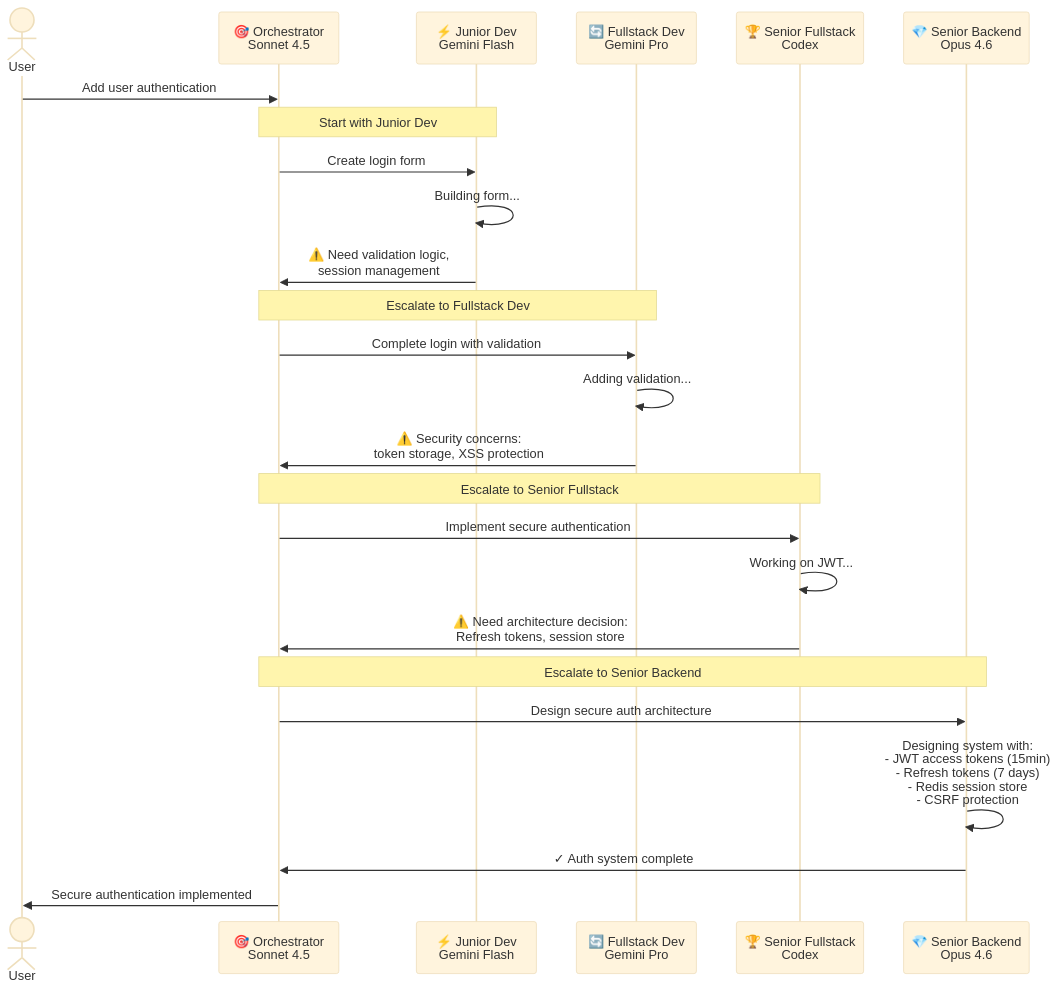
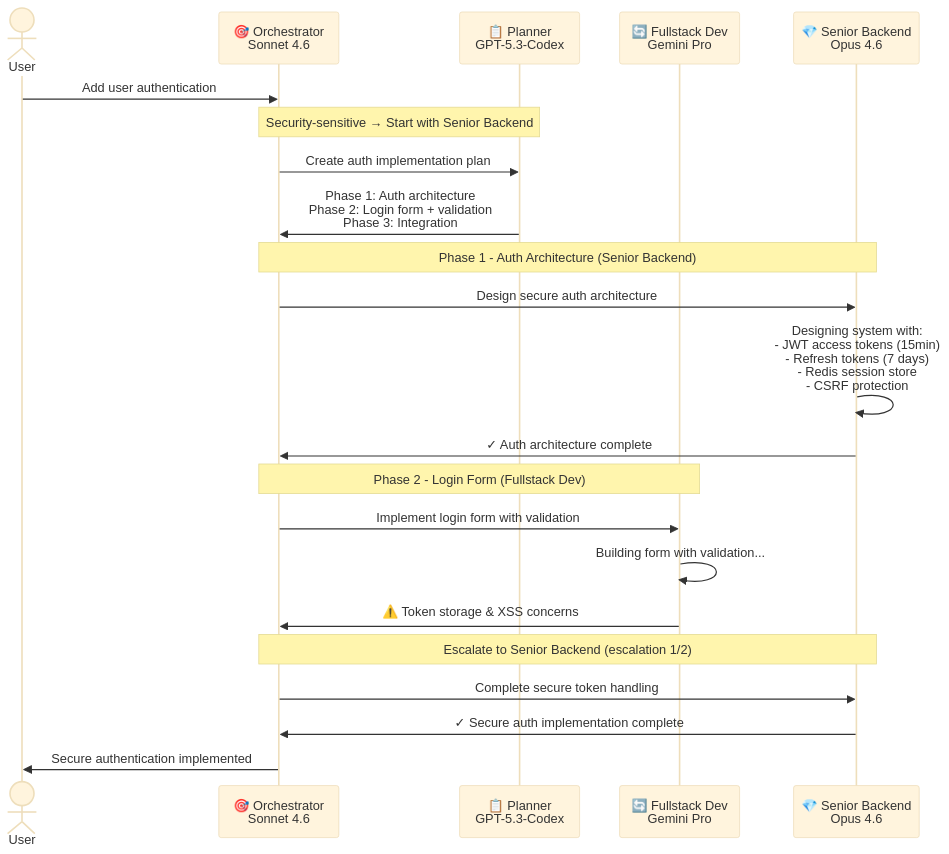
One commit to Mhack03/vscode-agents changed the fifth of 5 diagrams in README.md. Above: the diagram before and after it, drawn with Mermaid (base theme). The commit also changed other lines of this file and 198 other files, not shown here.

````diff
--- a/README.md
+++ b/README.md
@@ -234,33 +241,30 @@
 ```mermaid
 sequenceDiagram
     actor User
-    participant O as 🎯 Orchestrator<br/>Sonnet 4.5
-    participant JD as ⚡ Junior Dev<br/>Gemini Flash
+    participant O as 🎯 Orchestrator<br/>Sonnet 4.6
+    participant P as 📋 Planner<br/>GPT-5.3-Codex
     participant FS as 🔄 Fullstack Dev<br/>Gemini Pro
-    participant SFS as 🏆 Senior Fullstack<br/>Codex
     participant SBE as 💎 Senior Backend<br/>Opus 4.6
-    
+
     User->>O: Add user authentication
-    
-    Note over O,JD: Start with Junior Dev
-    O->>JD: Create login form
-    JD->>JD: Building form...
-    JD->>O: ⚠️ Need validation logic,<br/>session management
-    
-    Note over O,FS: Escalate to Fullstack Dev
-    O->>FS: Complete login with validation
-    FS->>FS: Adding validation...
-    FS->>O: ⚠️ Security concerns:<br/>token storage, XSS protection
-    
-    Note over O,SFS: Escalate to Senior Fullstack
-    O->>SFS: Implement secure authentication
-    SFS->>SFS: Working on JWT...
-    SFS->>O: ⚠️ Need architecture decision:<br/>Refresh tokens, session store
-    
-    Note over O,SBE: Escalate to Senior Backend
+
+    Note over O,P: Security-sensitive → Start with Senior Backend
+    O->>P: Create auth implementation plan
+    P->>O: Phase 1: Auth architecture<br/>Phase 2: Login form + validation<br/>Phase 3: Integration
+
+    Note over O,SBE: Phase 1 - Auth Architecture (Senior Backend)
     O->>SBE: Design secure auth architecture
     SBE->>SBE: Designing system with:<br/>- JWT access tokens (15min)<br/>- Refresh tokens (7 days)<br/>- Redis session store<br/>- CSRF protection
-    SBE->>O: ✓ Auth system complete
-    
+    SBE->>O: ✓ Auth architecture complete
+
+    Note over O,FS: Phase 2 - Login Form (Fullstack Dev)
+    O->>FS: Implement login form with validation
+    FS->>FS: Building form with validation...
+    FS->>O: ⚠️ Token storage & XSS concerns
+
+    Note over O,SBE: Escalate to Senior Backend (escalation 1/2)
+    O->>SBE: Complete secure token handling
+    SBE->>O: ✓ Secure auth implementation complete
+
     O->>User: Secure authentication implemented
 ```
````
